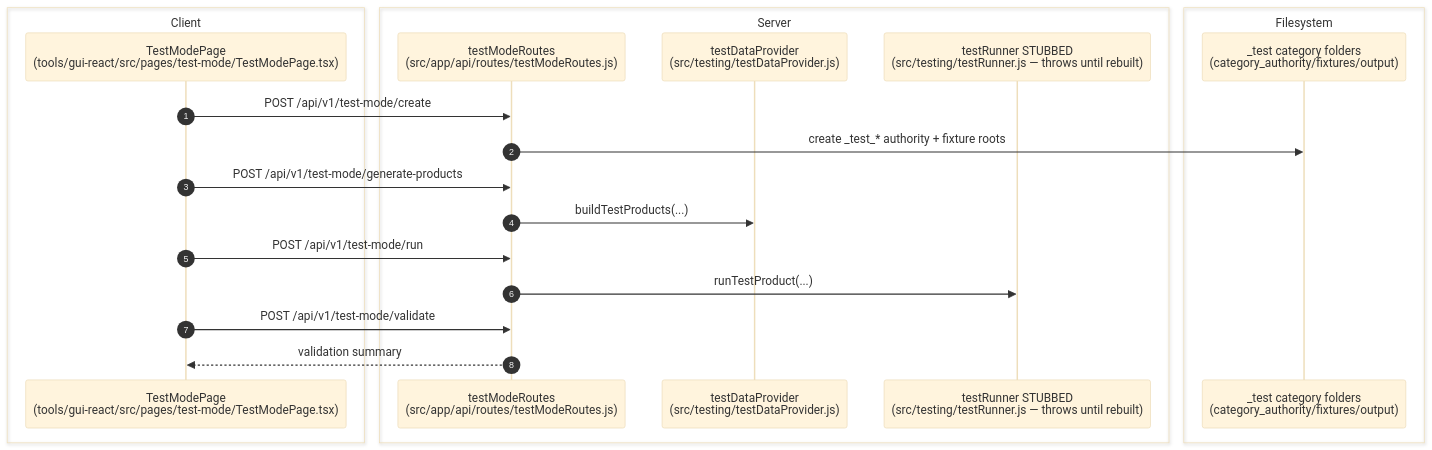
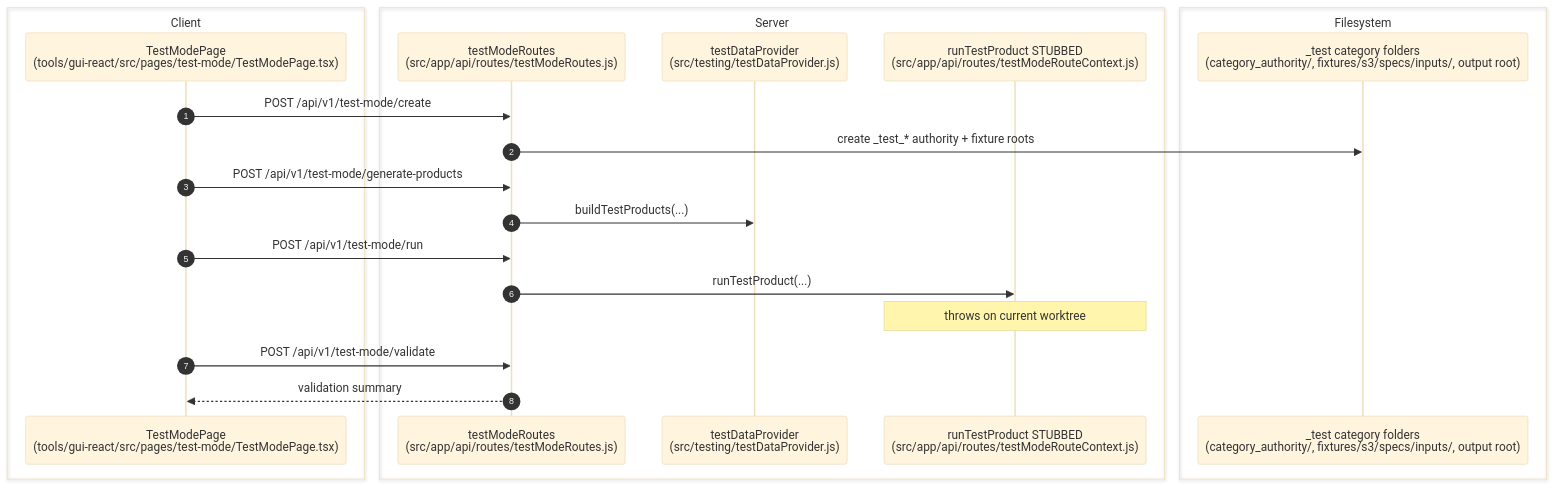
One commit to CdubVentures/Spec-Factory changed the diagram in docs/04-features/test-mode.md. Above: the diagram before and after it, drawn with Mermaid. The commit also changed other lines of this file and 413 other files, not shown here.

````diff
--- a/docs/04-features/test-mode.md
+++ b/docs/04-features/test-mode.md
@@ -57,24 +58,25 @@
 ```mermaid
 %%{init: {'theme': 'base', 'themeVariables': { 'fontSize': '20px', 'actorWidth': 250, 'actorMargin': 200, 'boxMargin': 20 }}}%%
 sequenceDiagram
   autonumber
   box Client
     participant TestPage as TestModePage<br/>(tools/gui-react/src/pages/test-mode/TestModePage.tsx)
   end
   box Server
     participant TestRoutes as testModeRoutes<br/>(src/app/api/routes/testModeRoutes.js)
     participant Provider as testDataProvider<br/>(src/testing/testDataProvider.js)
-    participant Runner as testRunner STUBBED<br/>(src/testing/testRunner.js — throws until rebuilt)
+    participant RunStub as runTestProduct STUBBED<br/>(src/app/api/routes/testModeRouteContext.js)
   end
   box Filesystem
-    participant TestCat as _test category folders<br/>(category_authority/fixtures/output)
+    participant TestCat as _test category folders<br/>(category_authority/, fixtures/s3/specs/inputs/, output root)
   end
   TestPage->>TestRoutes: POST /api/v1/test-mode/create
   TestRoutes->>TestCat: create _test_* authority + fixture roots
   TestPage->>TestRoutes: POST /api/v1/test-mode/generate-products
   TestRoutes->>Provider: buildTestProducts(...)
   TestPage->>TestRoutes: POST /api/v1/test-mode/run
-  TestRoutes->>Runner: runTestProduct(...)
+  TestRoutes->>RunStub: runTestProduct(...)
+  Note over RunStub: throws on current worktree
   TestPage->>TestRoutes: POST /api/v1/test-mode/validate
   TestRoutes-->>TestPage: validation summary
 ```
````
